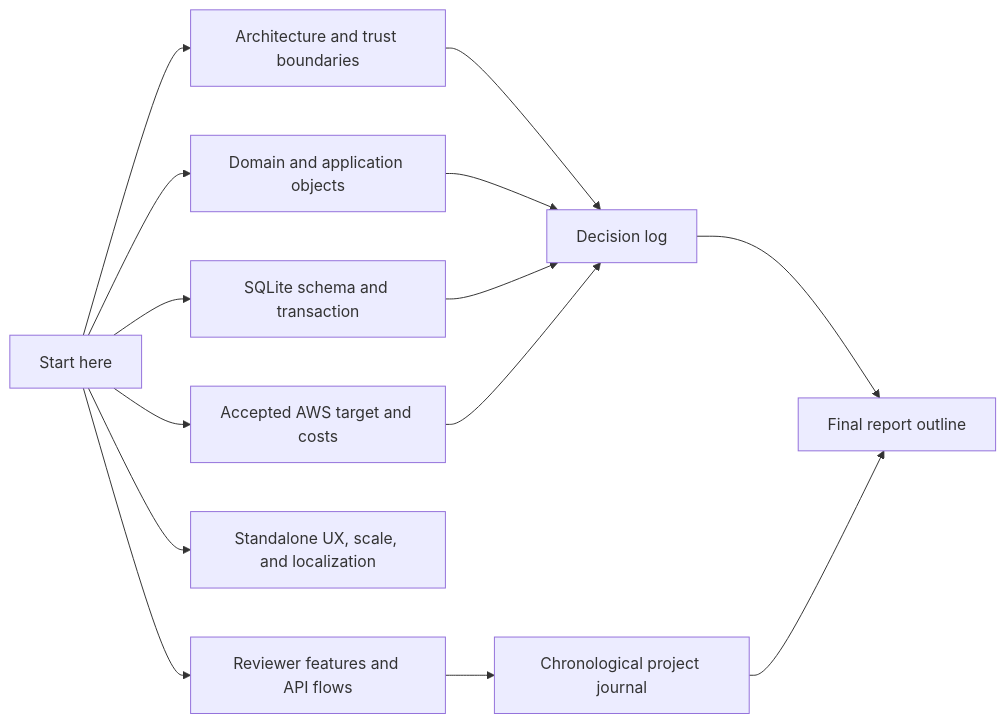
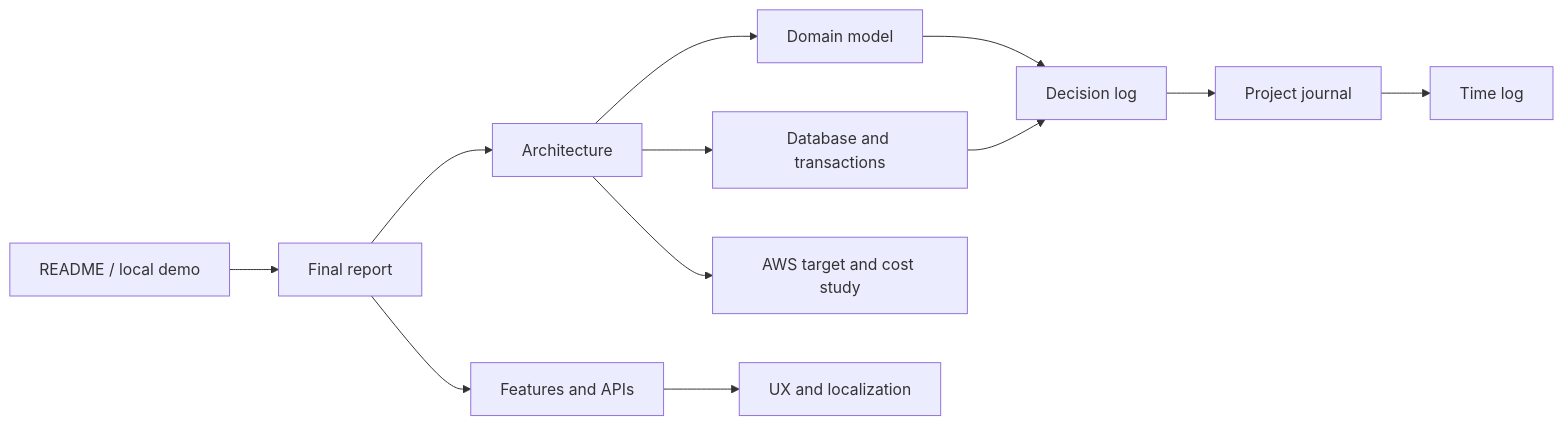
One commit to Dev-Luigy/automation_luigygabriel changed the first of 2 diagrams in docs/README.md. Above: the diagram before and after it, drawn with Mermaid. The commit also changed other lines of this file and 13 other files, not shown here.

Commit message:
docs: finalize assessment architecture and report

````diff
--- a/docs/README.md
+++ b/docs/README.md
@@ -9,16 +16,14 @@
 ```mermaid
 flowchart LR
-    Start["Start here"] --> Architecture["Architecture and trust boundaries"]
-    Start --> Domain["Domain and application objects"]
-    Start --> Database["SQLite schema and transaction"]
-    Start --> Features["Reviewer features and API flows"]
-    Start --> UX["Standalone UX, scale, and localization"]
-    Start --> AWS["Accepted AWS target and costs"]
-    Architecture --> Decisions["Decision log"]
-    Domain --> Decisions
+    Start["README / local demo"] --> Report["Final report"]
+    Report --> Architecture["Architecture"]
+    Report --> Features["Features and APIs"]
+    Architecture --> Domain["Domain model"]
+    Architecture --> Database["Database and transactions"]
+    Domain --> Decisions["Decision log"]
     Database --> Decisions
-    Features --> Journal["Chronological project journal"]
-    AWS --> Decisions
-    Decisions --> Report["Final report outline"]
-    Journal --> Report
+    Features --> UX["UX and localization"]
+    Decisions --> Journal["Project journal"]
+    Journal --> Time["Time log"]
+    Architecture --> AWS["AWS target and cost study"]
 ```
````
